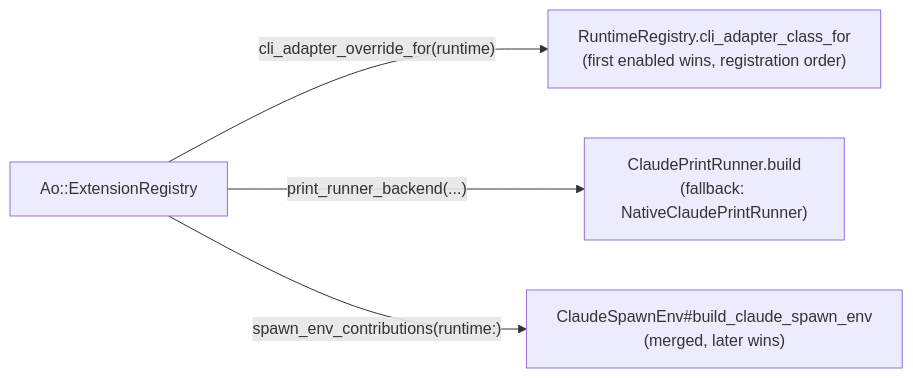
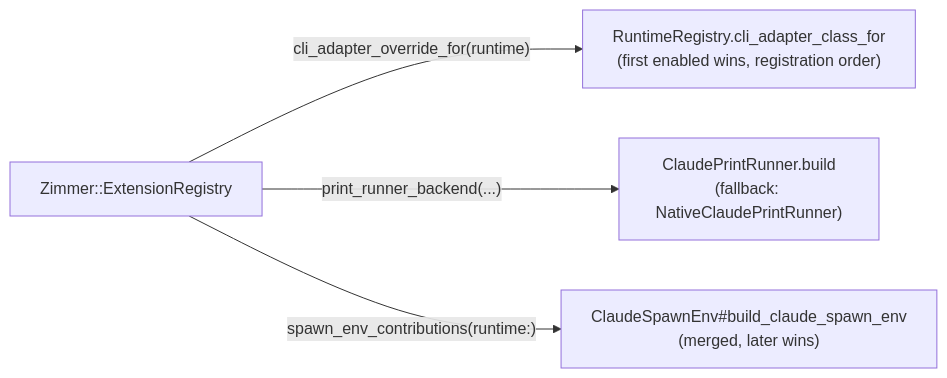
One commit to tadasant/zimmer changed the diagram in docs/src/content/docs/extend/extensions.md. Above: the diagram before and after it, drawn with Mermaid. The commit also changed other lines of this file and 55 other files, not shown here.

````diff
--- a/docs/src/content/docs/extend/extensions.md
+++ b/docs/src/content/docs/extend/extensions.md
@@ -46,7 +46,7 @@
 ```mermaid
 flowchart LR
-    E["Ao::ExtensionRegistry"]
+    E["Zimmer::ExtensionRegistry"]
     E -->|"cli_adapter_override_for(runtime)"| R["RuntimeRegistry.cli_adapter_class_for<br/>(first enabled wins, registration order)"]
     E -->|"print_runner_backend(...)"| P["ClaudePrintRunner.build<br/>(fallback: NativeClaudePrintRunner)"]
     E -->|"spawn_env_contributions(runtime:)"| S["ClaudeSpawnEnv#build_claude_spawn_env<br/>(merged, later wins)"]
 ```
````
